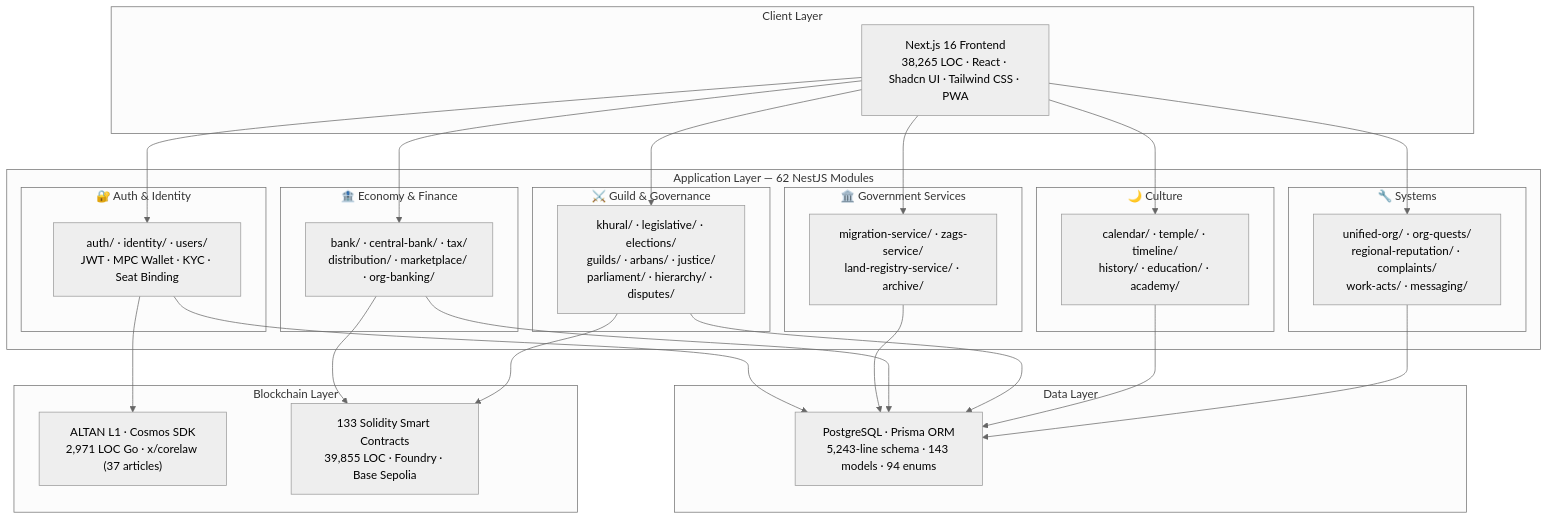
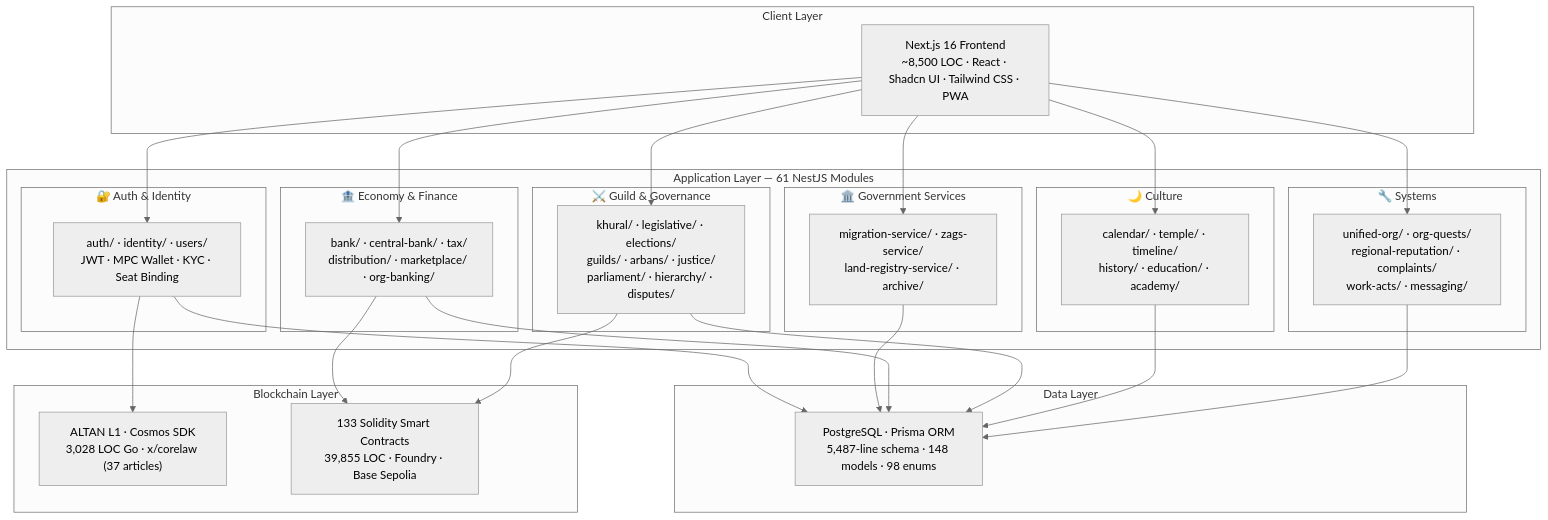
Before and after one commit to Khongirad/INOMAD: the first of 3 diagrams in README.md, drawn with Mermaid (neutral theme). The commit also changed other lines of this file and 29 other files, not shown here.

First line of the commit message:
feat: registration flow fix + ALTAN birthright + state structure page

````diff
--- a/README.md
+++ b/README.md
@@ -47,52 +48,52 @@
 ```mermaid
 graph TB
     subgraph "Client Layer"
-        FE["Next.js 16 Frontend<br/>38,265 LOC · React · Shadcn UI · Tailwind CSS · PWA"]
+        FE["Next.js 16 Frontend<br/>~8,500 LOC · React · Shadcn UI · Tailwind CSS · PWA"]
     end
 
-    subgraph "Application Layer — 62 NestJS Modules"
+    subgraph "Application Layer — 61 NestJS Modules"
         subgraph "🔐 Auth & Identity"
             AUTH["auth/ · identity/ · users/<br/>JWT · MPC Wallet · KYC · Seat Binding"]
         end
         subgraph "🏛️ Government Services"
             GOV["migration-service/ · zags-service/<br/>land-registry-service/ · archive/"]
         end
         subgraph "🏦 Economy & Finance"
             ECON["bank/ · central-bank/ · tax/<br/>distribution/ · marketplace/ · org-banking/"]
         end
         subgraph "⚔️ Guild & Governance"
             GUILD["khural/ · legislative/ · elections/<br/>guilds/ · arbans/ · justice/<br/>parliament/ · hierarchy/ · disputes/"]
         end
         subgraph "🌙 Culture"
             CULT["calendar/ · temple/ · timeline/<br/>history/ · education/ · academy/"]
         end
         subgraph "🔧 Systems"
             SYS["unified-org/ · org-quests/<br/>regional-reputation/ · complaints/<br/>work-acts/ · messaging/"]
         end
     end
 
     subgraph "Data Layer"
-        DB["PostgreSQL · Prisma ORM<br/>5,243-line schema · 143 models · 94 enums"]
+        DB["PostgreSQL · Prisma ORM<br/>5,487-line schema · 148 models · 98 enums"]
     end
 
     subgraph "Blockchain Layer"
-        L1["ALTAN L1 · Cosmos SDK<br/>2,971 LOC Go · x/corelaw (37 articles)"]
+        L1["ALTAN L1 · Cosmos SDK<br/>3,028 LOC Go · x/corelaw (37 articles)"]
         SC["133 Solidity Smart Contracts<br/>39,855 LOC · Foundry · Base Sepolia"]
     end
 
     FE --> AUTH
     FE --> GOV
     FE --> ECON
     FE --> GUILD
     FE --> CULT
     FE --> SYS
     AUTH --> DB
     GOV --> DB
     ECON --> DB
     GUILD --> DB
     CULT --> DB
     SYS --> DB
     ECON --> SC
     GUILD --> SC
     AUTH --> L1
 ```
````
